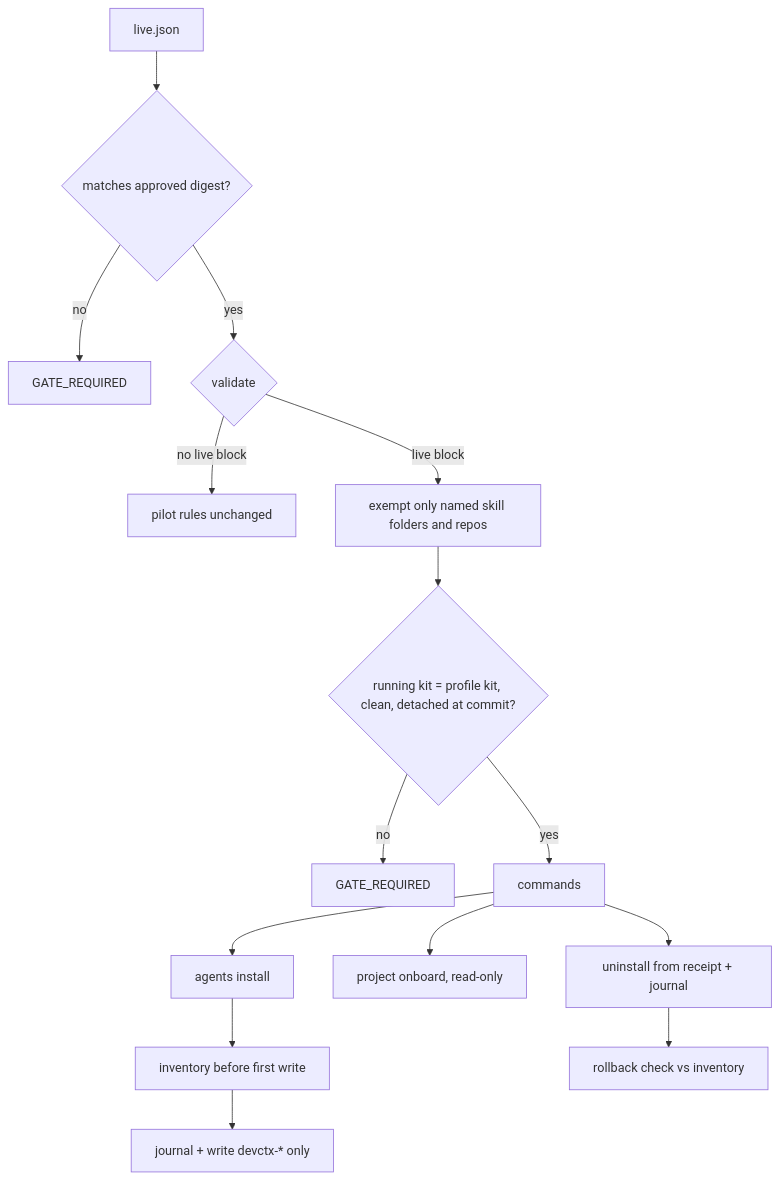
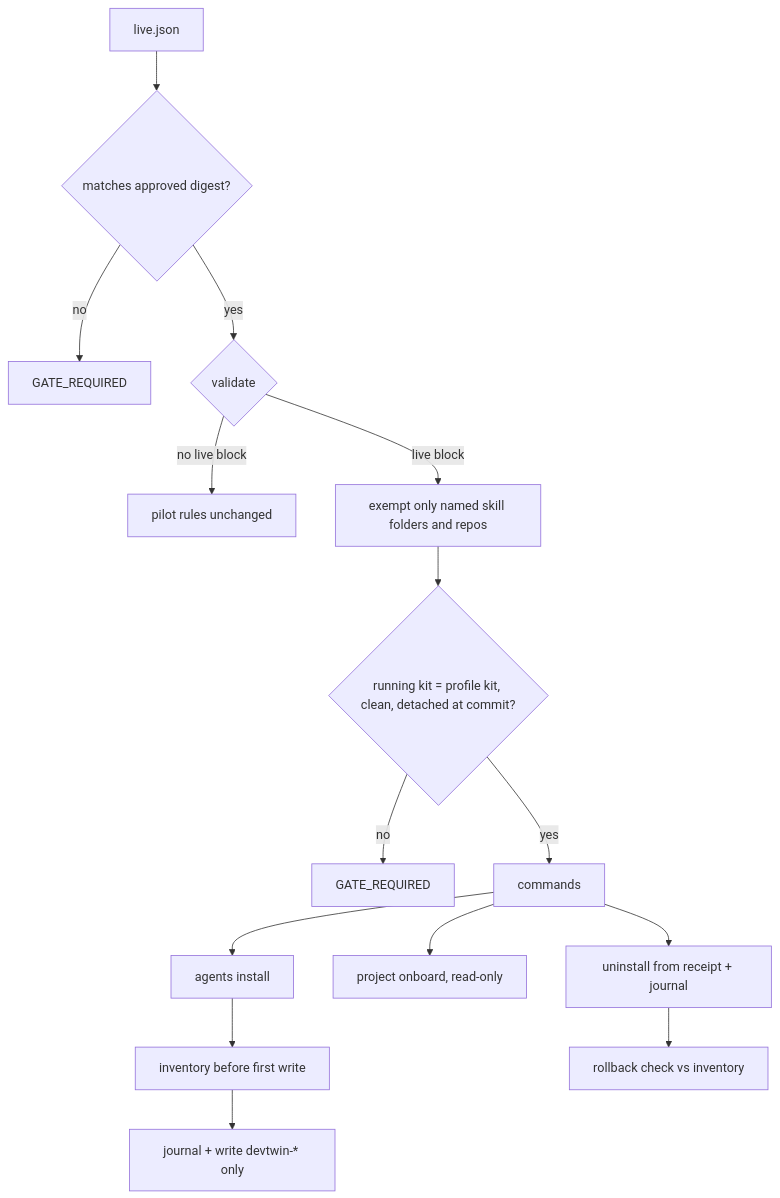
The diagram in docs/plans/2026-10-16-001-feat-live-activation-plan.md (sundharesan11/developer-context-kit), drawn with Mermaid before and after one commit. The commit also changed other lines of this file and 212 other files, not shown here.

First line of the commit message:
Rename the product from devctx to devtwin

````diff
--- a/docs/plans/2026-10-16-001-feat-live-activation-plan.md
+++ b/docs/plans/2026-10-16-001-feat-live-activation-plan.md
@@ -118,17 +118,17 @@
 ```mermaid
 flowchart TB
   P[live.json] --> D{matches approved digest?}
   D -->|no| X1[GATE_REQUIRED]
   D -->|yes| V{validate}
   V -->|no live block| F[pilot rules unchanged]
   V -->|live block| L[exempt only named skill folders and repos]
   L --> K{running kit = profile kit, clean, detached at commit?}
   K -->|no| X2[GATE_REQUIRED]
   K -->|yes| C[commands]
   C --> I[agents install]
   I --> INV[inventory before first write]
-  INV --> J[journal + write devctx-* only]
+  INV --> J[journal + write devtwin-* only]
   C --> O[project onboard, read-only]
   C --> U[uninstall from receipt + journal]
   U --> RC[rollback check vs inventory]
 ```
````
